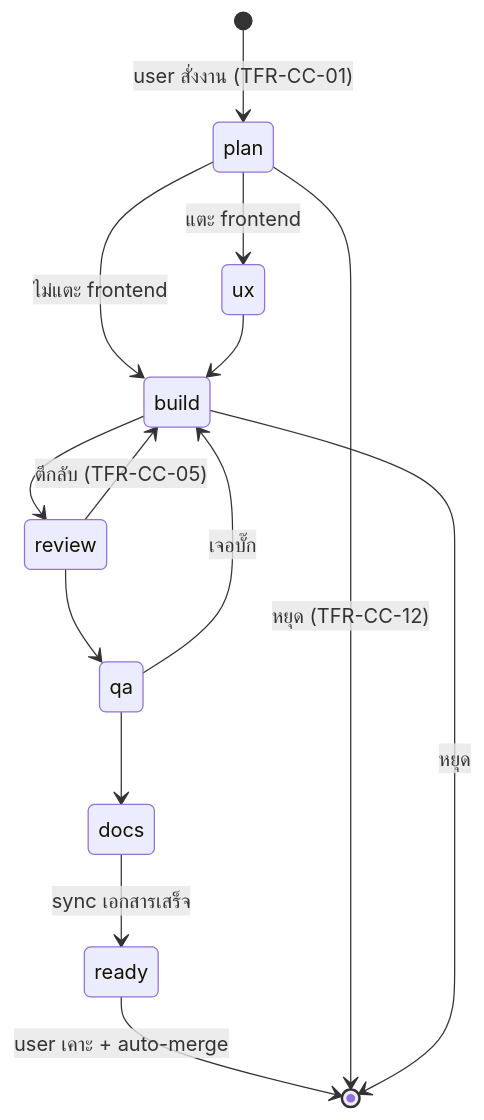
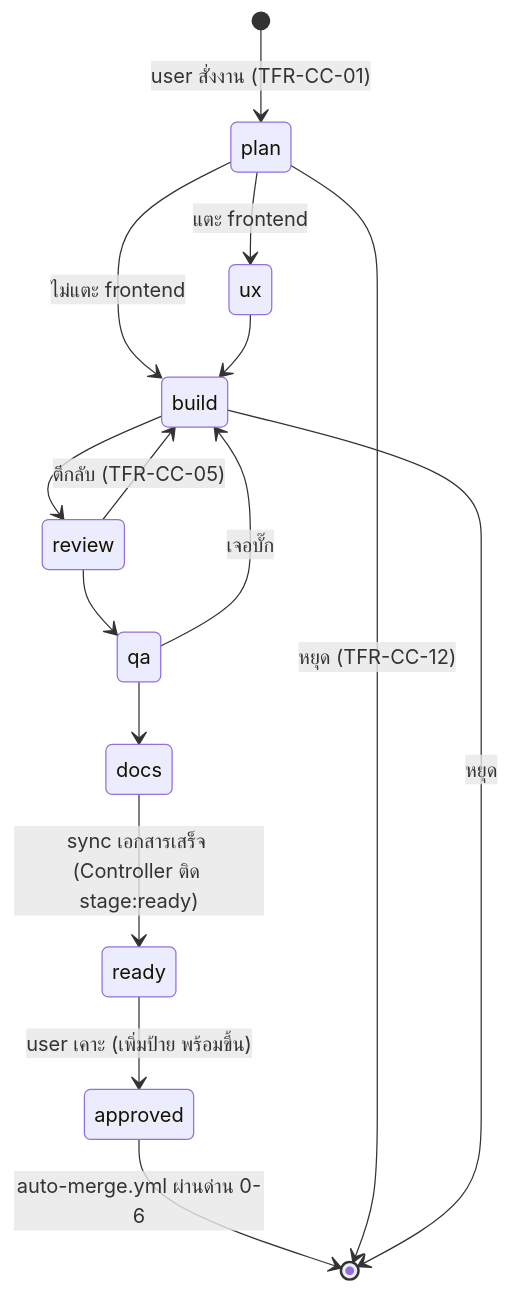
The third of 3 diagrams in docs/20 - Features/00049 - AI Command Center/SRS.md (CodeCooLTH/deep-web), drawn with Mermaid before and after one commit. The commit also changed other lines of this file and 13 other files, not shown here.

````diff
--- a/docs/20 - Features/00049 - AI Command Center/SRS.md
+++ b/docs/20 - Features/00049 - AI Command Center/SRS.md
@@ -221,16 +253,17 @@
 ```mermaid
 stateDiagram-v2
     [*] --> plan: user สั่งงาน (TFR-CC-01)
     plan --> ux: แตะ frontend
     plan --> build: ไม่แตะ frontend
     ux --> build
     build --> review
     review --> build: ตีกลับ (TFR-CC-05)
     review --> qa
     qa --> build: เจอบั๊ก
     qa --> docs
-    docs --> ready: sync เอกสารเสร็จ
-    ready --> [*]: user เคาะ + auto-merge
+    docs --> ready: sync เอกสารเสร็จ (Controller ติด stage:ready)
+    ready --> approved: user เคาะ (เพิ่มป้าย พร้อมขึ้น)
+    approved --> [*]: auto-merge.yml ผ่านด่าน 0-6
     plan --> [*]: หยุด (TFR-CC-12)
     build --> [*]: หยุด
 ```
````
